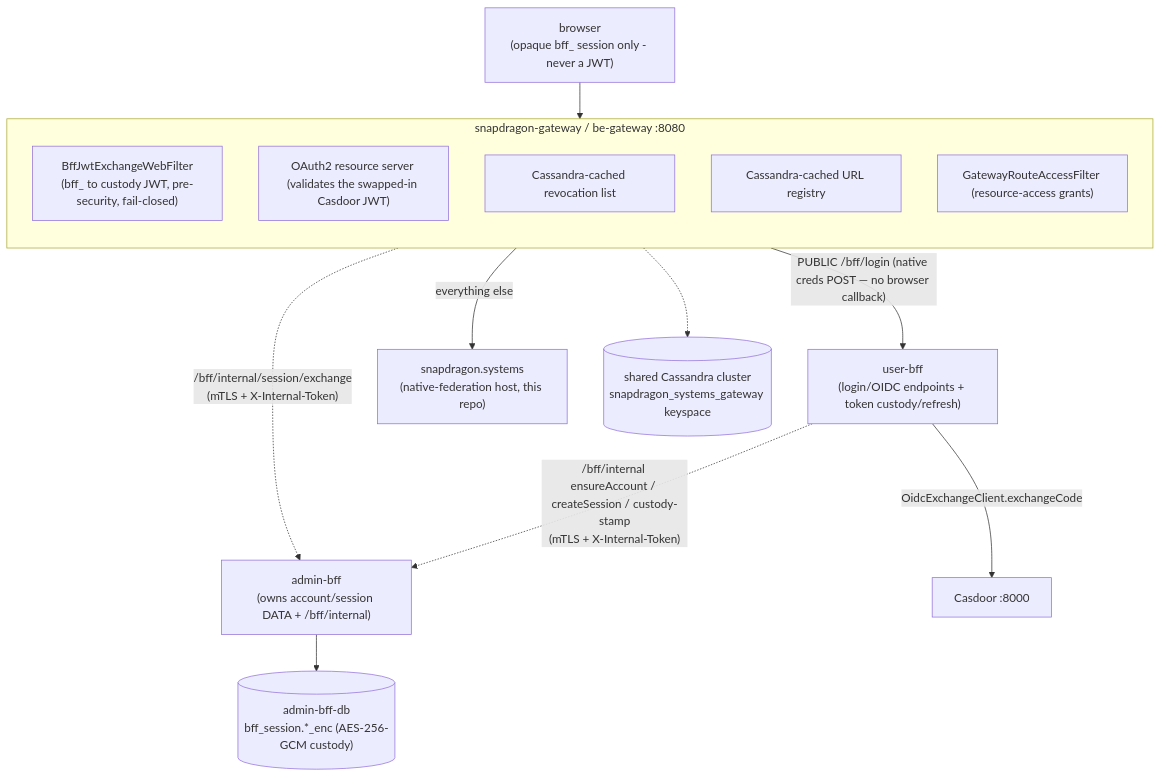
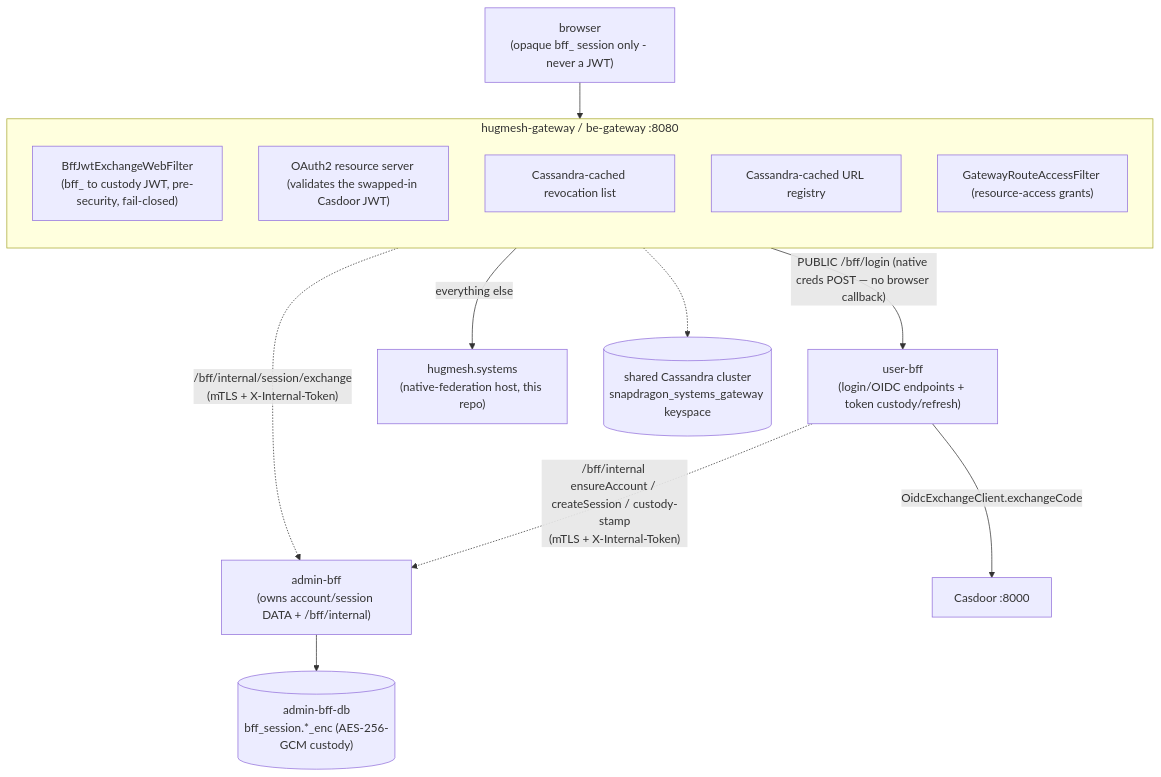
One commit to hugmesh/hugmesh-host-shell changed the first of 2 diagrams in docs/platform-topology.md. Above: the diagram before and after it, drawn with Mermaid. The commit also changed other lines of this file and 54 other files, not shown here.

````diff
--- a/docs/platform-topology.md
+++ b/docs/platform-topology.md
@@ -24,21 +24,21 @@
 ```mermaid
 flowchart TB
   browser["browser<br/>(opaque bff_ session only - never a JWT)"]
   browser --> gw
-  subgraph gw["snapdragon-gateway / be-gateway :8080"]
+  subgraph gw["hugmesh-gateway / be-gateway :8080"]
     direction TB
     g1["BffJwtExchangeWebFilter<br/>(bff_ to custody JWT, pre-security, fail-closed)"]
     g2["OAuth2 resource server (validates the swapped-in Casdoor JWT)"]
     g3["Cassandra-cached revocation list"]
     g4["Cassandra-cached URL registry"]
     g5["GatewayRouteAccessFilter (resource-access grants)"]
   end
   g1 -.->|"/bff/internal/session/exchange<br/>(mTLS + X-Internal-Token)"| abff
   gw -->|"PUBLIC /bff/login (native creds POST — no browser callback)"| ubff["user-bff<br/>(login/OIDC endpoints + token custody/refresh)"]
-  gw -->|"everything else"| host["snapdragon.systems<br/>(native-federation host, this repo)"]
+  gw -->|"everything else"| host["hugmesh.systems<br/>(native-federation host, this repo)"]
   ubff -->|"OidcExchangeClient.exchangeCode"| casdoor["Casdoor :8000"]
   ubff -.->|"/bff/internal ensureAccount / createSession / custody-stamp<br/>(mTLS + X-Internal-Token)"| abff["admin-bff<br/>(owns account/session DATA + /bff/internal)"]
   abff --> abffdb[("admin-bff-db<br/>bff_session.*_enc (AES-256-GCM custody)")]
   cass[("shared Cassandra cluster<br/>snapdragon_systems_gateway keyspace")]
   gw -.-> cass
 ```
````
